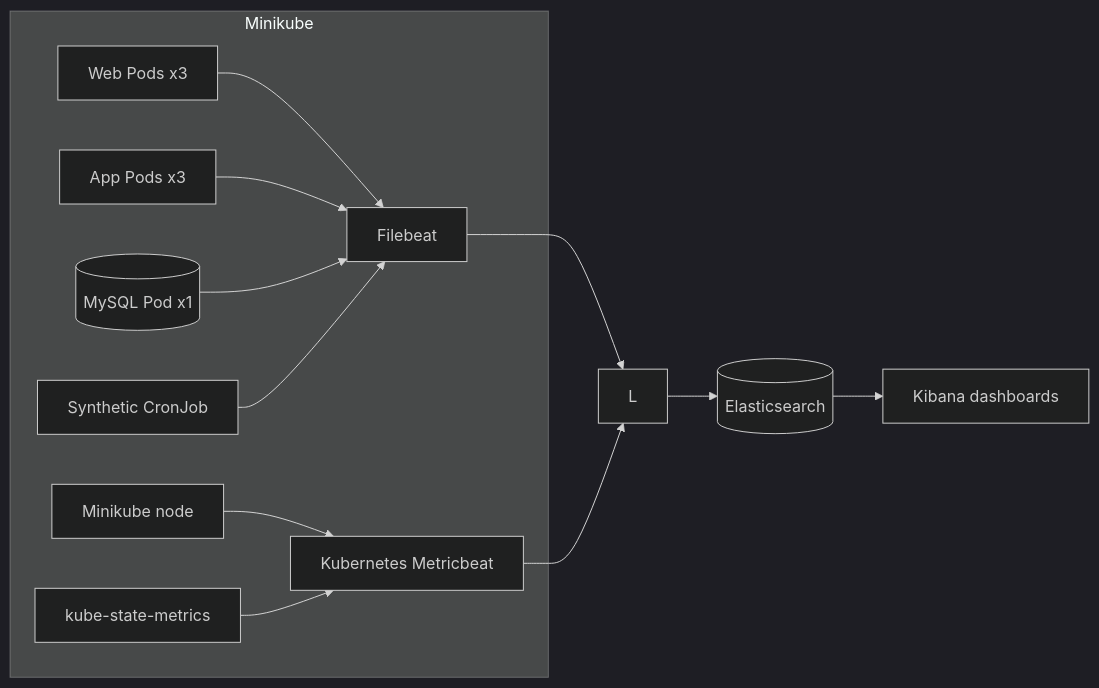
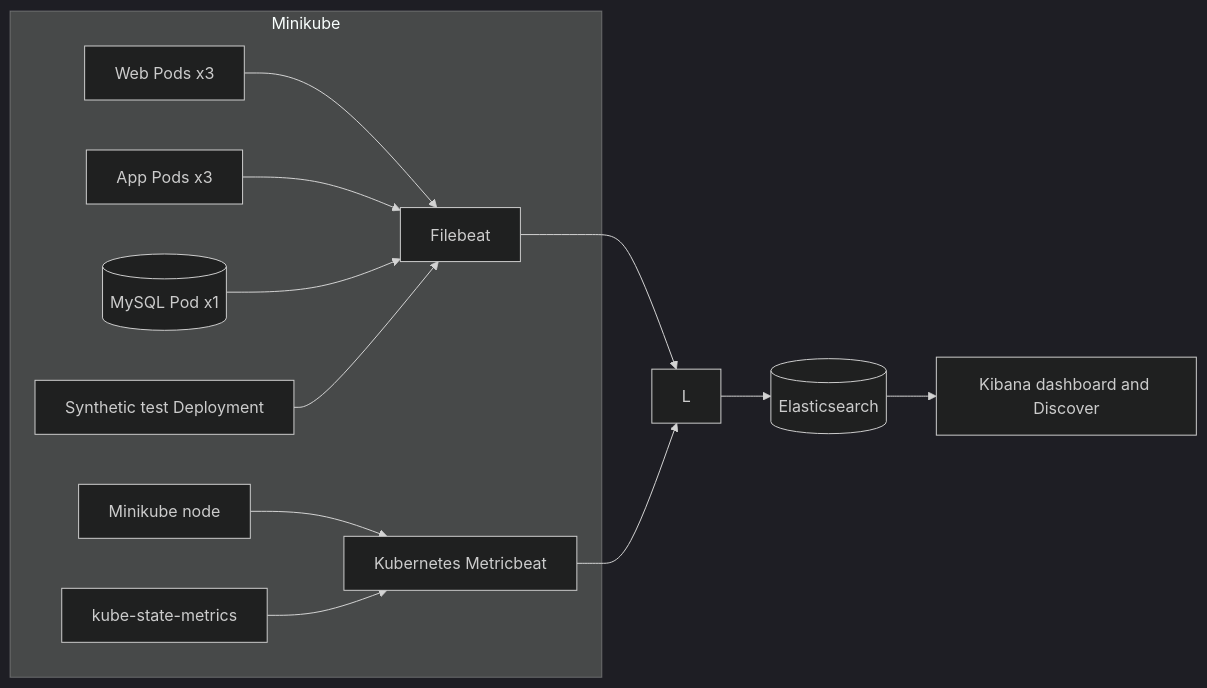
One commit to tanthanh85/devops changed the diagram in lab/Lab 06 - Monitor with the Elastic Stack/Lab6.md. Above: the diagram before and after it, drawn with Mermaid (dark theme). The commit also changed other lines of this file and 11 other files, not shown here.

````diff
--- a/lab/Lab 06 - Monitor with the Elastic Stack/Lab6.md
+++ b/lab/Lab 06 - Monitor with the Elastic Stack/Lab6.md
@@ -22,23 +22,23 @@
 ```mermaid
 flowchart LR
     subgraph K[Minikube]
       MN[Minikube node]
       W[Web Pods x3]
       A[App Pods x3]
       DB[(MySQL Pod x1)]
-      S[Synthetic CronJob]
+      S[Synthetic test Deployment]
       F[Filebeat]
       KM[Kubernetes Metricbeat]
       KS[kube-state-metrics]
       W --> F
       A --> F
       DB --> F
       S --> F
       MN --> KM
       KS --> KM
     end
     F --> L
     KM --> L
     L --> E[(Elasticsearch)]
-    E --> B[Kibana dashboards]
+    E --> B[Kibana dashboard and Discover]
 ```
````
